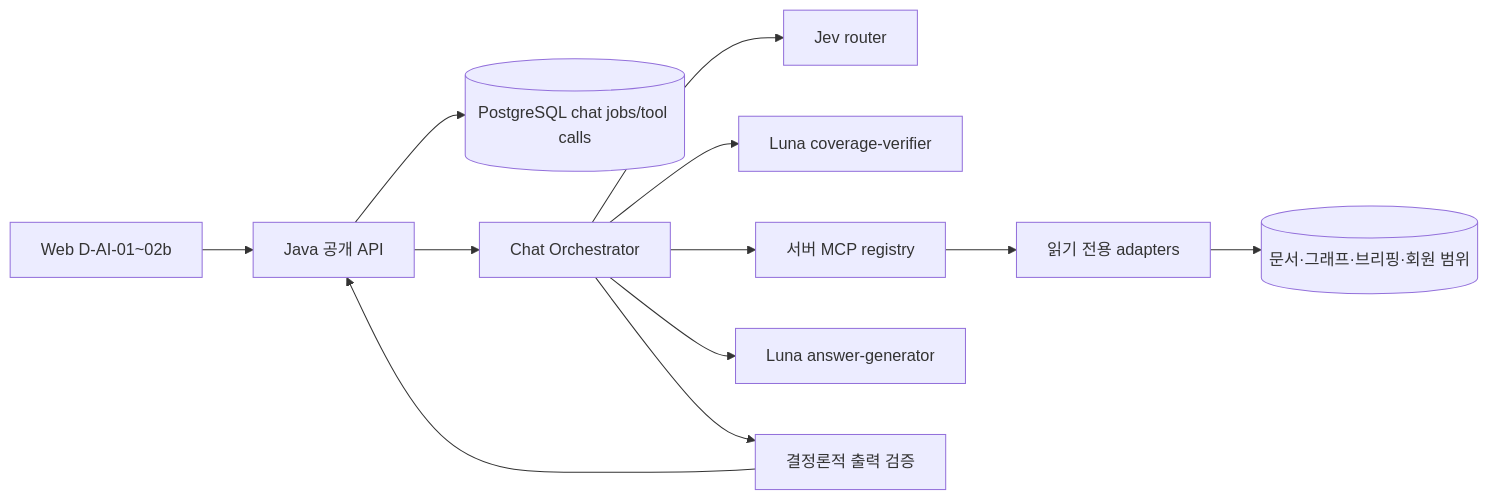
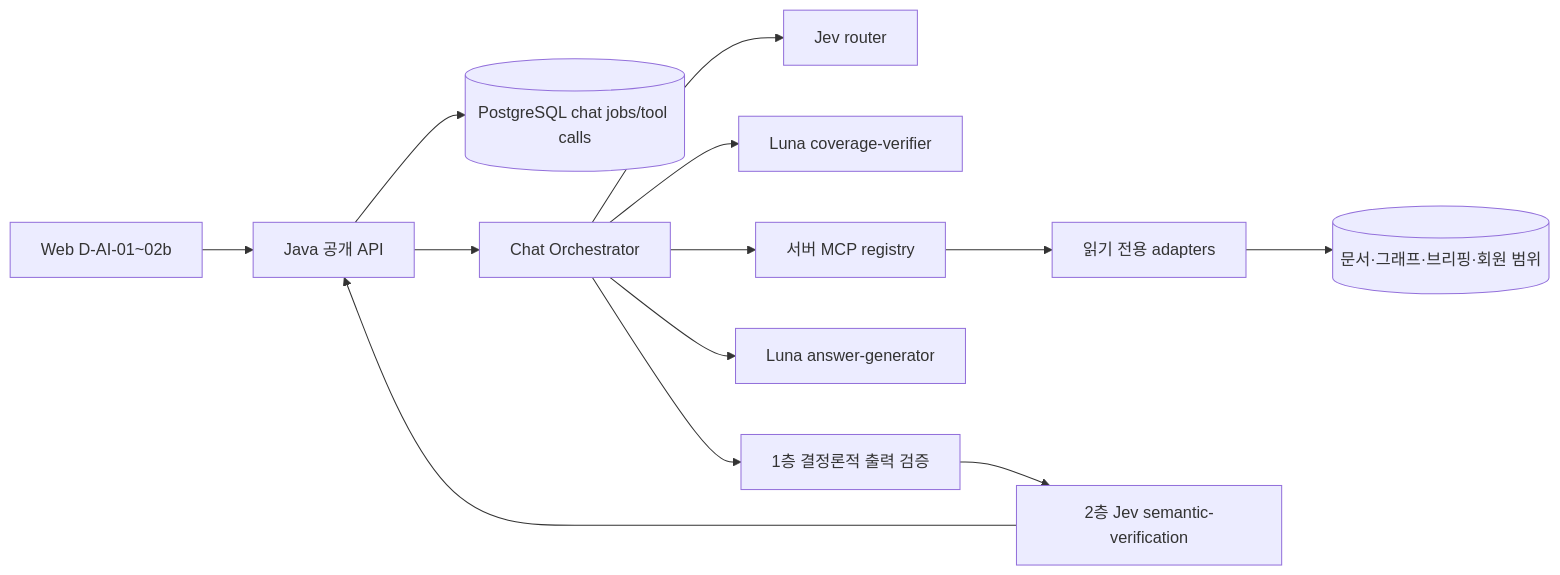
The diagram in docs/development/ai-chatbot-implementation-plan.md (Donbug/zoop), drawn with Mermaid before and after one commit. The commit also changed other lines of this file and 17 other files, not shown here.

````diff
--- a/docs/development/ai-chatbot-implementation-plan.md
+++ b/docs/development/ai-chatbot-implementation-plan.md
@@ -36,14 +36,15 @@
 ```mermaid
 flowchart LR
     web[Web D-AI-01~02b] --> app[Java 공개 API]
     app --> db[(PostgreSQL chat jobs/tool calls)]
     app --> orch[Chat Orchestrator]
     orch --> jev[Jev router]
     orch --> luna1[Luna coverage-verifier]
     orch --> registry[서버 MCP registry]
     registry --> adapters[읽기 전용 adapters]
     adapters --> stores[(문서·그래프·브리핑·회원 범위)]
     orch --> luna2[Luna answer-generator]
-    orch --> validate[결정론적 출력 검증]
-    validate --> app
+    orch --> validate[1층 결정론적 출력 검증]
+    validate --> jev2[2층 Jev semantic-verification]
+    jev2 --> app
 ```
````
